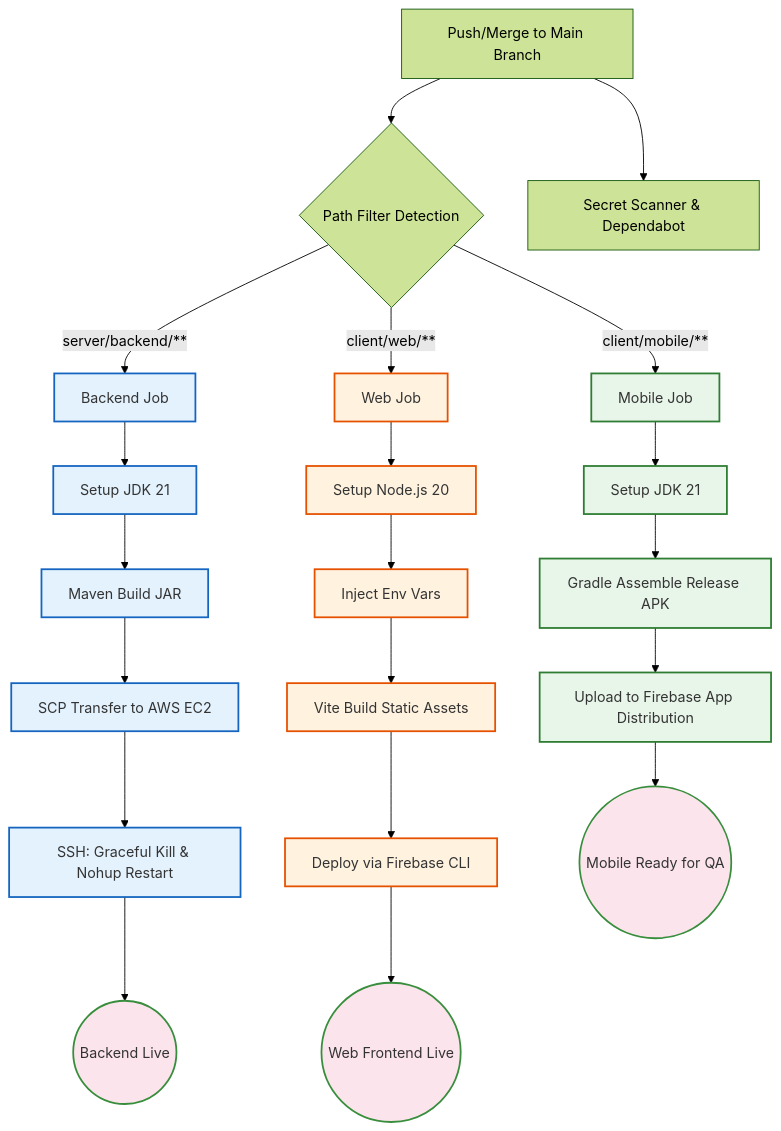
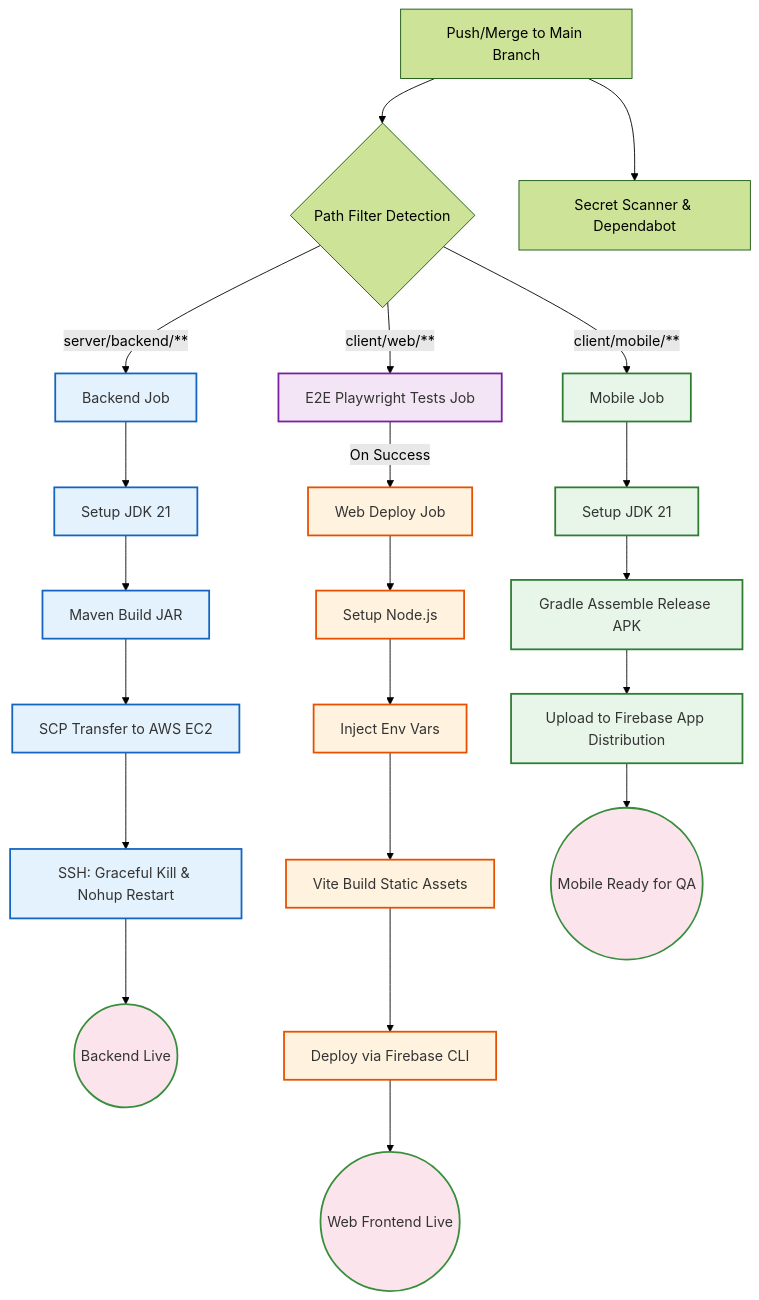
The diagram in CiCd Pipeline Architecture.md (CanMakan-Team/CanMakan), drawn with Mermaid (forest theme) before and after one commit. The commit also changed other lines of this file, not shown here.

First line of the commit message:
CMK-55 Enhance CI/CD pipeline with E2E testing and updates

````diff
--- a/CiCd Pipeline Architecture.md
+++ b/CiCd Pipeline Architecture.md
@@ -36,43 +50,46 @@
 ```mermaid
 graph TD
     A[Push/Merge to Main Branch] --> B{Path Filter Detection}
 
     %% Security Flow
     A --> S[Secret Scanner & Dependabot]
 
     %% Backend Flow
     B -->|server/backend/**| C[Backend Job]
     C --> D[Setup JDK 21]
     D --> E[Maven Build JAR]
     E --> F[SCP Transfer to AWS EC2]
     F --> G[SSH: Graceful Kill & Nohup Restart]
     G --> H((Backend Live))
 
     %% Web Flow
-    B -->|client/web/**| I[Web Job]
-    I --> J[Setup Node.js 20]
+    B -->|client/web/**| W_E2E[E2E Playwright Tests Job]
+    W_E2E -->|On Success| I[Web Deploy Job]
+    I --> J[Setup Node.js]
     J --> K[Inject Env Vars]
     K --> L[Vite Build Static Assets]
     L --> M[Deploy via Firebase CLI]
     M --> N((Web Frontend Live))
 
     %% Mobile Flow
     B -->|client/mobile/**| O[Mobile Job]
     O --> P[Setup JDK 21]
     P --> Q[Gradle Assemble Release APK]
     Q --> R[Upload to Firebase App Distribution]
     R --> T((Mobile Ready for QA))
 
     %% Styling Classes
     classDef backend fill:#e3f2fd,stroke:#1565c0,stroke-width:2px,color:#333;
     classDef web fill:#fff3e0,stroke:#e65100,stroke-width:2px,color:#333;
     classDef mobile fill:#e8f5e9,stroke:#2e7d32,stroke-width:2px,color:#333;
     classDef live fill:#fce4ec,stroke:#388e3c,stroke-width:2px,color:#333;
+    classDef testing fill:#f3e5f5,stroke:#7b1fa2,stroke-width:2px,color:#333;
 
     %% Class Assignments
     class C,D,E,F,G backend;
     class I,J,K,L,M web;
+    class W_E2E testing;
     class O,P,Q,R mobile;
     class H,N,T live;
 
 ```
````
